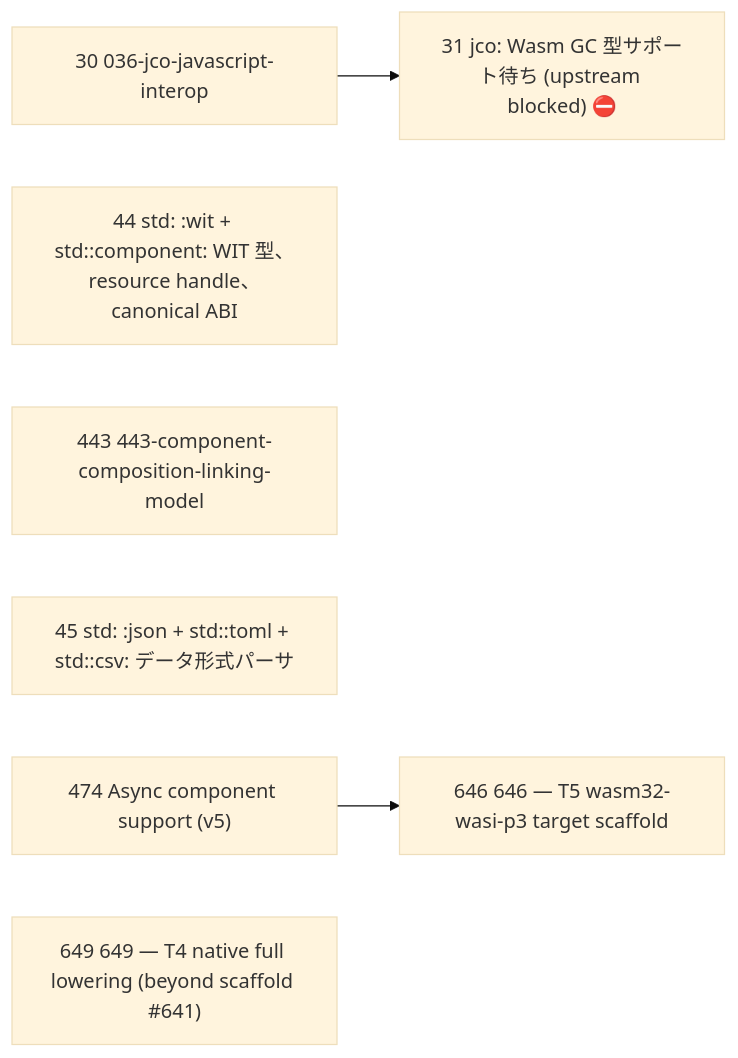
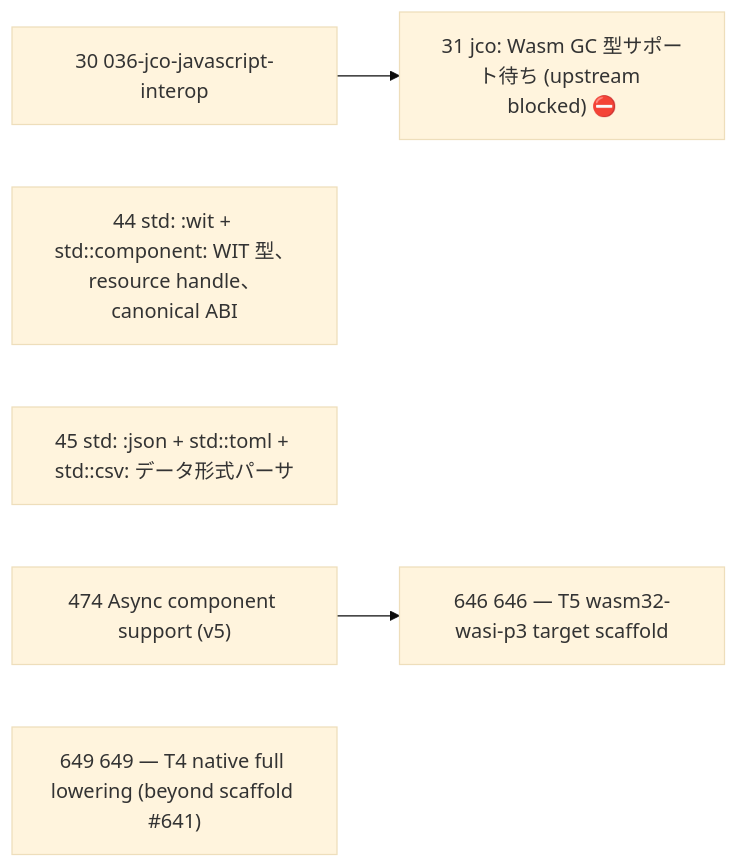
Before and after one commit to wogikaze/arukellt: the diagram in issues/open/dependency-graph.md, drawn with Mermaid (base theme). The commit also changed other lines of this file and 12 other files, not shown here.

````diff
--- a/issues/open/dependency-graph.md
+++ b/issues/open/dependency-graph.md
@@ -7,13 +7,12 @@
 ```mermaid
 graph LR
   I30["30 036-jco-javascript-interop"]
   I44["44 std: ":wit + std::component: WIT 型、resource handle、canonical ABI""]
-  I443["443 443-component-composition-linking-model"]
   I45["45 std: ":json + std::toml + std::csv: データ形式パーサ""]
   I474["474 Async component support (v5)"]
   I649["649 649 — T4 native full lowering (beyond scaffold #641)"]
   I646["646 646 — T5 wasm32-wasi-p3 target scaffold"]
   I31["31 jco: Wasm GC 型サポート待ち (upstream blocked) ⛔"]
   I474 --> I646
   I30 --> I31
 ```
````
